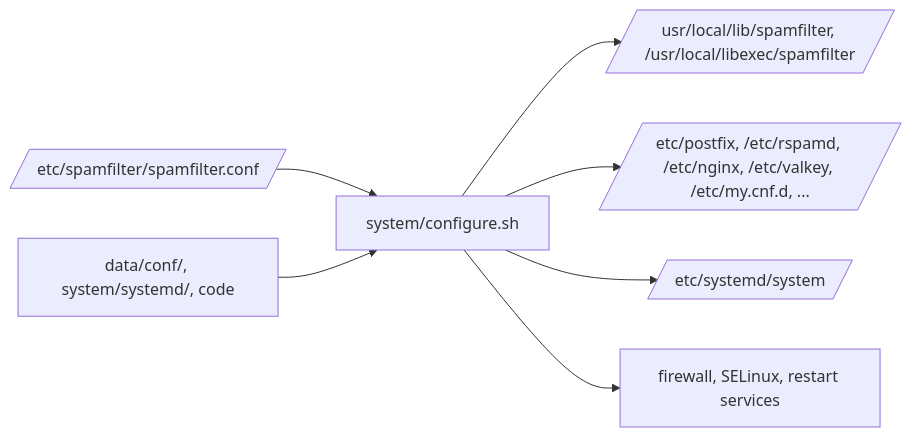
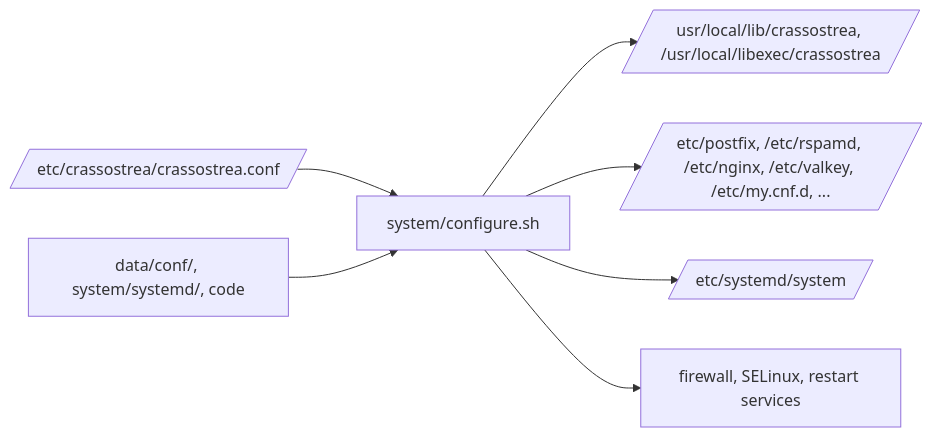
The second of 2 diagrams in docs/developer/architecture.md (SnailShea/crassostrea-docs), drawn with Mermaid before and after one commit. The commit also changed other lines of this file and 30 other files, not shown here.

````diff
--- a/docs/developer/architecture.md
+++ b/docs/developer/architecture.md
@@ -100,9 +100,9 @@
 ```mermaid
 flowchart LR
-    conf[/etc/spamfilter/spamfilter.conf/] --> cfg[system/configure.sh]
+    conf[/etc/crassostrea/crassostrea.conf/] --> cfg[system/configure.sh]
     repo[data/conf/, system/systemd/, code] --> cfg
-    cfg --> deploy[/usr/local/lib/spamfilter, /usr/local/libexec/spamfilter/]
+    cfg --> deploy[/usr/local/lib/crassostrea, /usr/local/libexec/crassostrea/]
     cfg --> etc[/etc/postfix, /etc/rspamd, /etc/nginx, /etc/valkey, /etc/my.cnf.d, .../]
     cfg --> units[/etc/systemd/system/]
     cfg --> start[firewall, SELinux, restart services]
 ```
````
